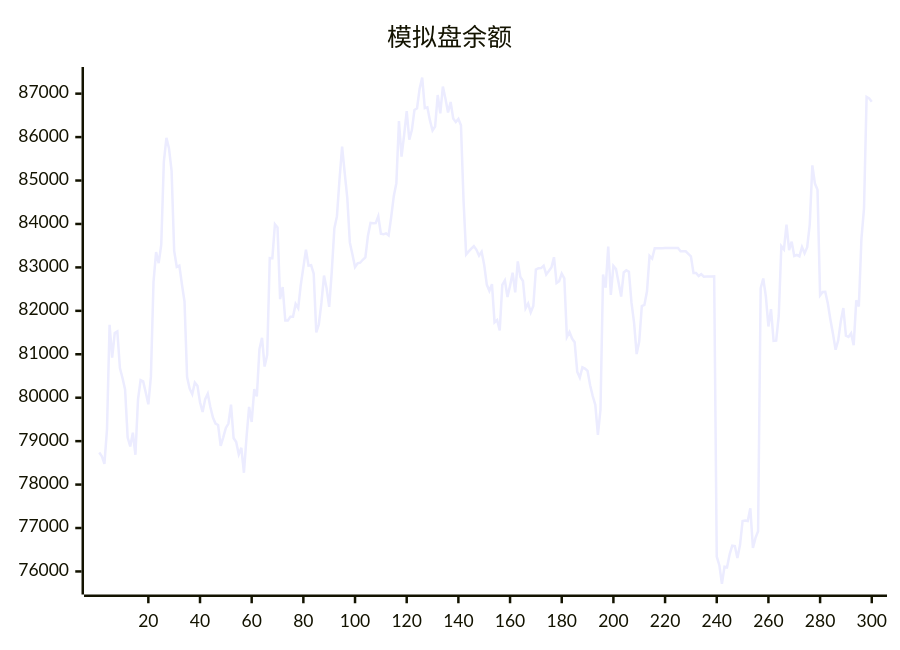
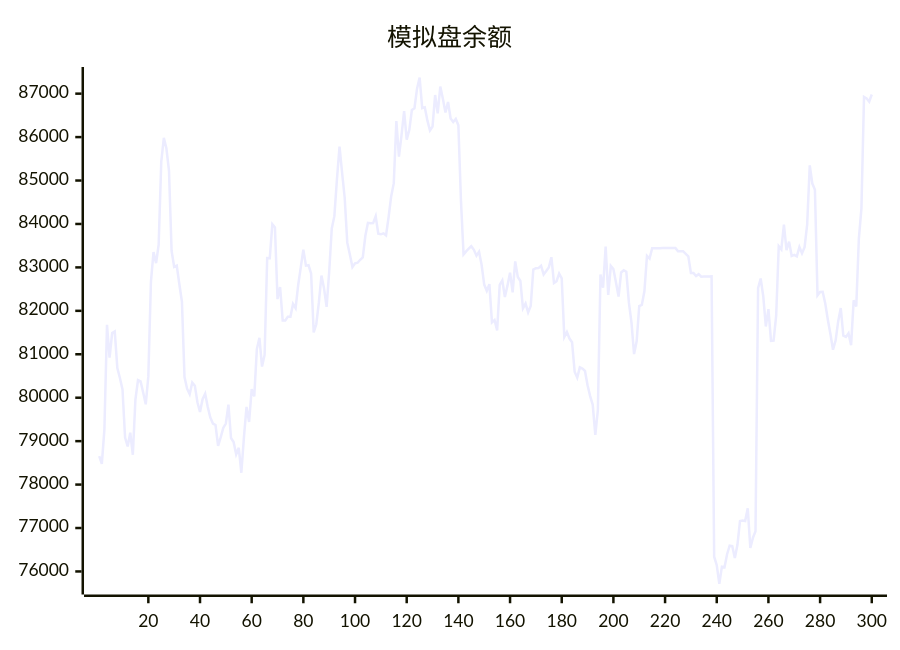
The diagram in README.md (aahl/ai-trading), drawn with Mermaid before and after one commit. The commit also changed other lines of this file and 1 other file, not shown here.

````diff
--- a/README.md
+++ b/README.md
@@ -5,5 +5,5 @@
 ```mermaid
 xychart
     title "模拟盘余额"
-    line [78738,78653,78478,79271,81680,80923,81488,81527,80681,80455,80190,79084,78879,79193,78686,79954,80403,80374,80118,79848,80491,82665,83351,83098,83525,85430,85983,85737,85221,83378,83014,83043,82613,82216,80477,80208,80081,80348,80277,79894,79670,79965,80093,79786,79542,79406,79371,78893,79087,79304,79406,79841,79072,78978,78696,78846,78272,79085,79787,79442,80198,80031,81120,81379,80718,80985,83214,83212,83993,83921,82270,82547,81776,81776,81866,81866,82158,82061,82596,83000,83408,83041,83050,82858,81503,81691,82188,82812,82517,82092,82901,83898,84180,85030,85781,85178,84604,83569,83298,83008,83093,83107,83175,83228,83729,84025,84017,84019,84177,83775,83762,83785,83738,84160,84639,84939,86370,85548,86046,86599,85942,86161,86622,86664,87115,87369,86666,86685,86384,86152,86243,86969,86548,87164,86885,86566,86809,86427,86348,86417,86273,84538,83299,83369,83430,83490,83404,83270,83362,83056,82605,82459,82614,81734,81788,81551,82598,82702,82320,82580,82878,82426,83139,82778,82686,82056,82166,81963,82110,82951,82983,82984,83038,82838,82915,82998,83235,82642,82682,82858,82746,81396,81512,81362,81277,80600,80461,80699,80673,80616,80288,80038,79836,79142,79722,82837,82533,83480,82366,83032,82960,82654,82330,82883,82934,82901,82188,81728,81005,81298,82110,82135,82449,83264,83203,83440,83439,83440,83440,83446,83447,83448,83447,83448,83449,83369,83369,83369,83313,83256,82872,82873,82801,82844,82785,82791,82791,82793,82794,76339,76145,75714,76110,76096,76397,76594,76585,76310,76607,77160,77170,77160,77456,76541,76774,76927,82520,82744,82337,81639,82040,81307,81314,81887,83490,83414,83984,83396,83594,83261,83287,83253,83470,83327,83465,83987,85348,84930,84786,82355,82433,82438,82167,81795,81466,81105,81315,81756,82064,81426,81398,81481,81210,82242,82099,83658,84359,86925,86892,86814]
+    line [78653,78478,79271,81680,80923,81488,81527,80681,80455,80190,79084,78879,79193,78686,79954,80403,80374,80118,79848,80491,82665,83351,83098,83525,85430,85983,85737,85221,83378,83014,83043,82613,82216,80477,80208,80081,80348,80277,79894,79670,79965,80093,79786,79542,79406,79371,78893,79087,79304,79406,79841,79072,78978,78696,78846,78272,79085,79787,79442,80198,80031,81120,81379,80718,80985,83214,83212,83993,83921,82270,82547,81776,81776,81866,81866,82158,82061,82596,83000,83408,83041,83050,82858,81503,81691,82188,82812,82517,82092,82901,83898,84180,85030,85781,85178,84604,83569,83298,83008,83093,83107,83175,83228,83729,84025,84017,84019,84177,83775,83762,83785,83738,84160,84639,84939,86370,85548,86046,86599,85942,86161,86622,86664,87115,87369,86666,86685,86384,86152,86243,86969,86548,87164,86885,86566,86809,86427,86348,86417,86273,84538,83299,83369,83430,83490,83404,83270,83362,83056,82605,82459,82614,81734,81788,81551,82598,82702,82320,82580,82878,82426,83139,82778,82686,82056,82166,81963,82110,82951,82983,82984,83038,82838,82915,82998,83235,82642,82682,82858,82746,81396,81512,81362,81277,80600,80461,80699,80673,80616,80288,80038,79836,79142,79722,82837,82533,83480,82366,83032,82960,82654,82330,82883,82934,82901,82188,81728,81005,81298,82110,82135,82449,83264,83203,83440,83439,83440,83440,83446,83447,83448,83447,83448,83449,83369,83369,83369,83313,83256,82872,82873,82801,82844,82785,82791,82791,82793,82794,76339,76145,75714,76110,76096,76397,76594,76585,76310,76607,77160,77170,77160,77456,76541,76774,76927,82520,82744,82337,81639,82040,81307,81314,81887,83490,83414,83984,83396,83594,83261,83287,83253,83470,83327,83465,83987,85348,84930,84786,82355,82433,82438,82167,81795,81466,81105,81315,81756,82064,81426,81398,81481,81210,82242,82099,83658,84359,86925,86892,86814,86980]
 ```
````
